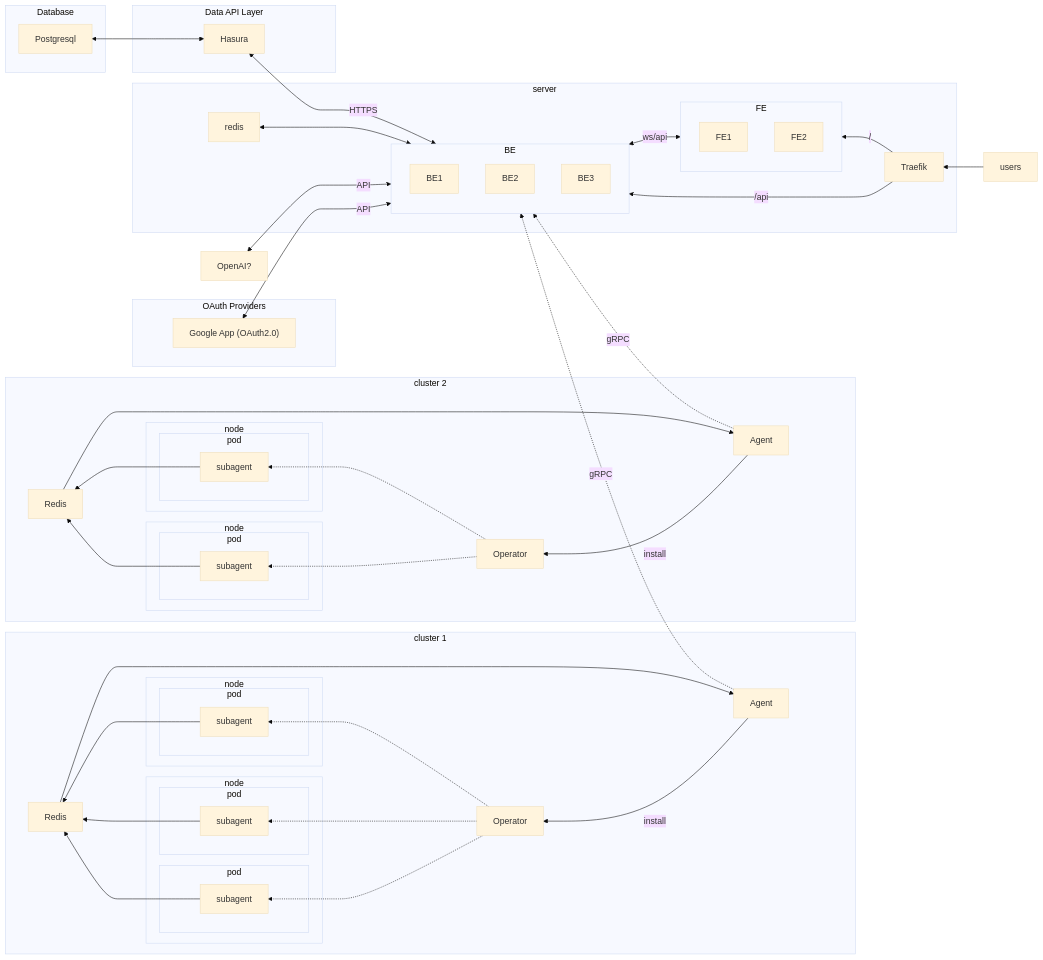
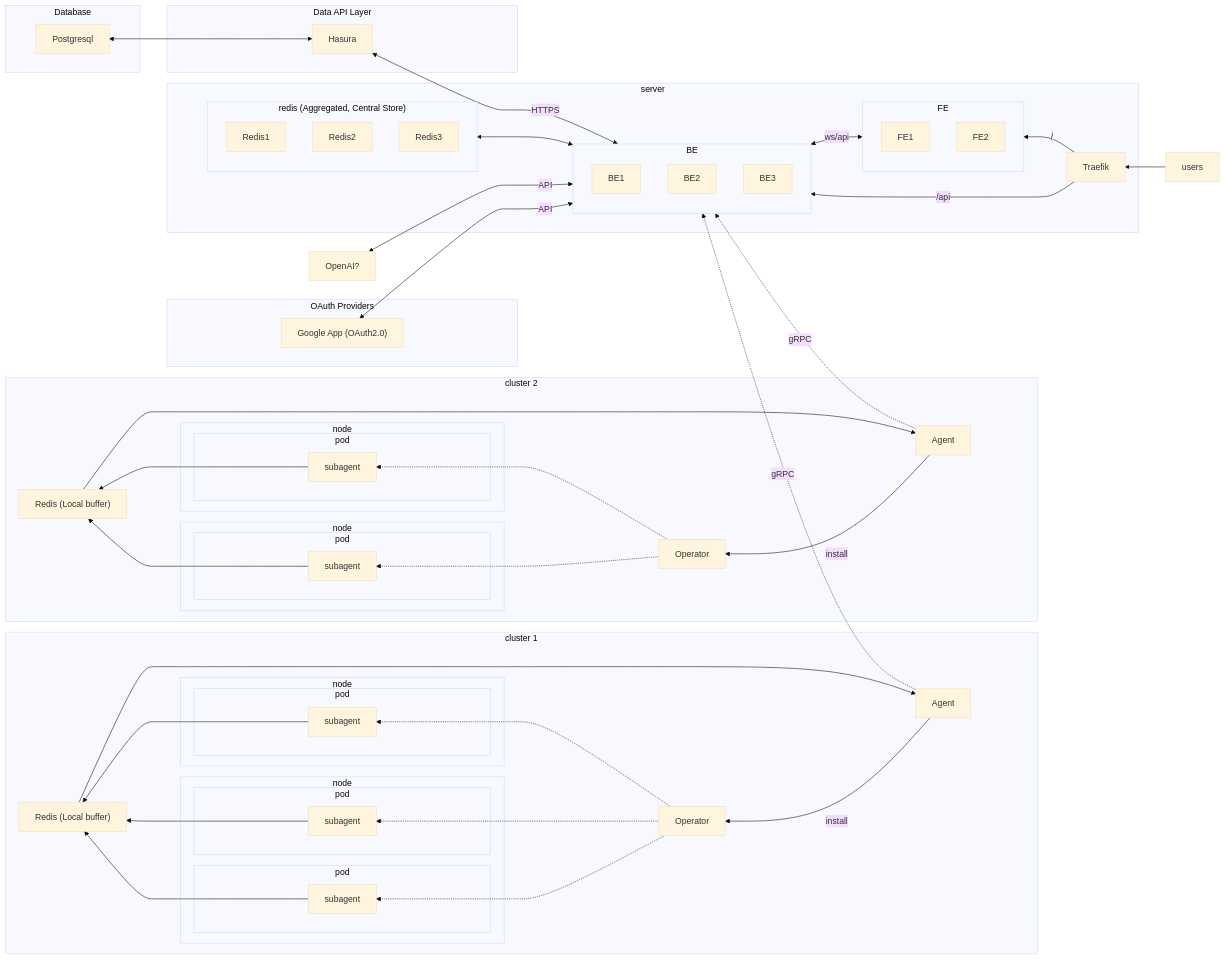
The diagram in README.md (hwan001/h-console), drawn with Mermaid (base theme) before and after one commit. The commit also changed 26 other files, not shown here.

```diff
--- a/README.md
+++ b/README.md
@@ -21,12 +21,16 @@
             serverBE3["BE3"]
         end
         
-        serverRedis["redis"]
+        subgraph serverRedis["redis (Aggregated, Central Store)"]
+            serverRedis1["Redis1"]
+            serverRedis2["Redis2"]
+            serverRedis3["Redis3"]
+        end
     end
 
     subgraph cluster1["cluster 1"]
         cluster1_agent["Agent"]
-        cluster1_redis["Redis"]
+        cluster1_redis["Redis (Local buffer)"]
         cluster1_operator["Operator"]
         
         subgraph cluster1_node1["node"]
@@ -54,7 +58,7 @@
 
     subgraph cluster2["cluster 2"]
         cluster2_agent["Agent"]
-        cluster2_redis["Redis"]
+        cluster2_redis["Redis (Local buffer)"]
         cluster2_operator["Operator"]
         
         subgraph cluster2_node1["node"]
```
